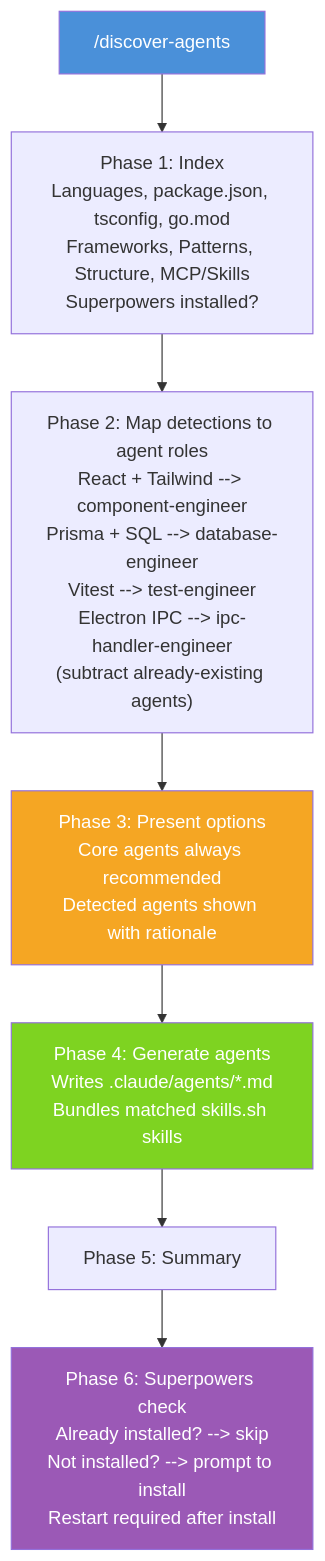
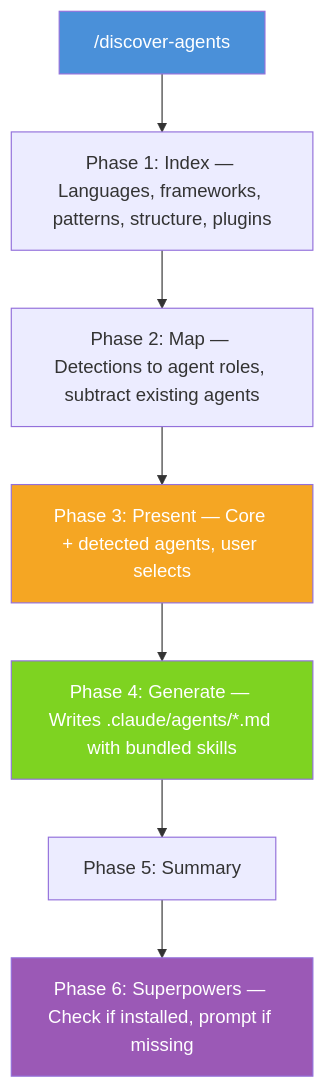
The third of 3 diagrams in README.md (ParkerM2/create-claude-workflow), drawn with Mermaid before and after one commit. The commit also changed other lines of this file, not shown here.

First line of the commit message:
fix: replace gitgraph with flowchart, remove \n from mermaid labels

````diff
--- a/README.md
+++ b/README.md
@@ -105,14 +100,14 @@
 ```mermaid
 flowchart TD
-    A["/discover-agents"] --> B["Phase 1: Index\nLanguages, package.json, tsconfig, go.mod\nFrameworks, Patterns, Structure, MCP/Skills\nSuperpowers installed?"]
-    B --> C["Phase 2: Map detections to agent roles\nReact + Tailwind --> component-engineer\nPrisma + SQL --> database-engineer\nVitest --> test-engineer\nElectron IPC --> ipc-handler-engineer\n(subtract already-existing agents)"]
-    C --> D["Phase 3: Present options\nCore agents always recommended\nDetected agents shown with rationale"]
-    D --> E["Phase 4: Generate agents\nWrites .claude/agents/*.md\nBundles matched skills.sh skills"]
+    A["/discover-agents"] --> B["Phase 1: Index — Languages, frameworks, patterns, structure, plugins"]
+    B --> C["Phase 2: Map — Detections to agent roles, subtract existing agents"]
+    C --> D["Phase 3: Present — Core + detected agents, user selects"]
+    D --> E["Phase 4: Generate — Writes .claude/agents/*.md with bundled skills"]
     E --> F["Phase 5: Summary"]
-    F --> G["Phase 6: Superpowers check\nAlready installed? --> skip\nNot installed? --> prompt to install\nRestart required after install"]
+    F --> G["Phase 6: Superpowers — Check if installed, prompt if missing"]
 
     style A fill:#4a90d9,color:#fff
     style D fill:#f5a623,color:#fff
     style E fill:#7ed321,color:#fff
     style G fill:#9b59b6,color:#fff
 ```
````
